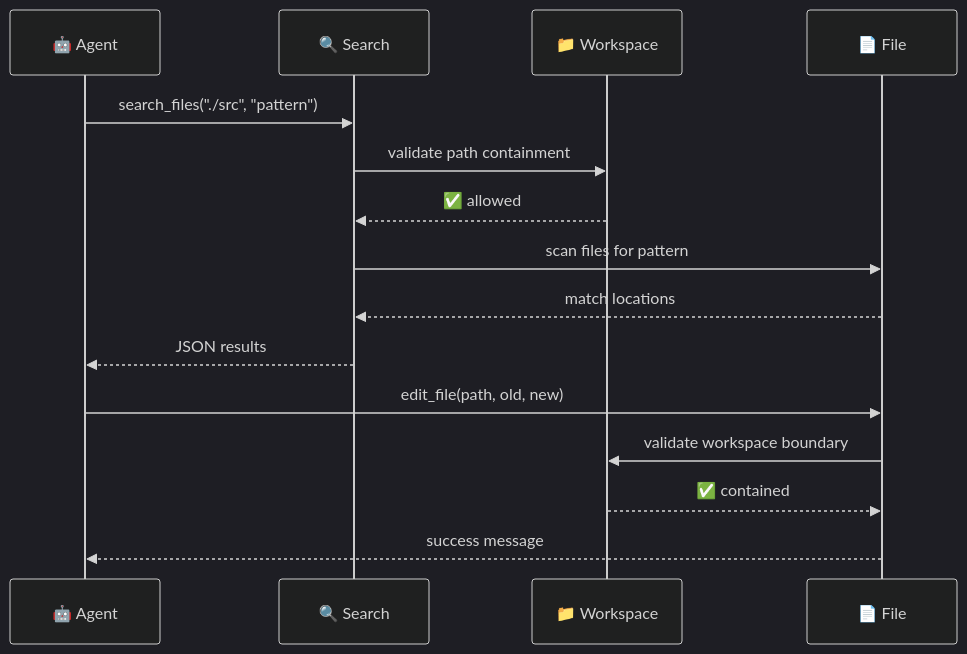
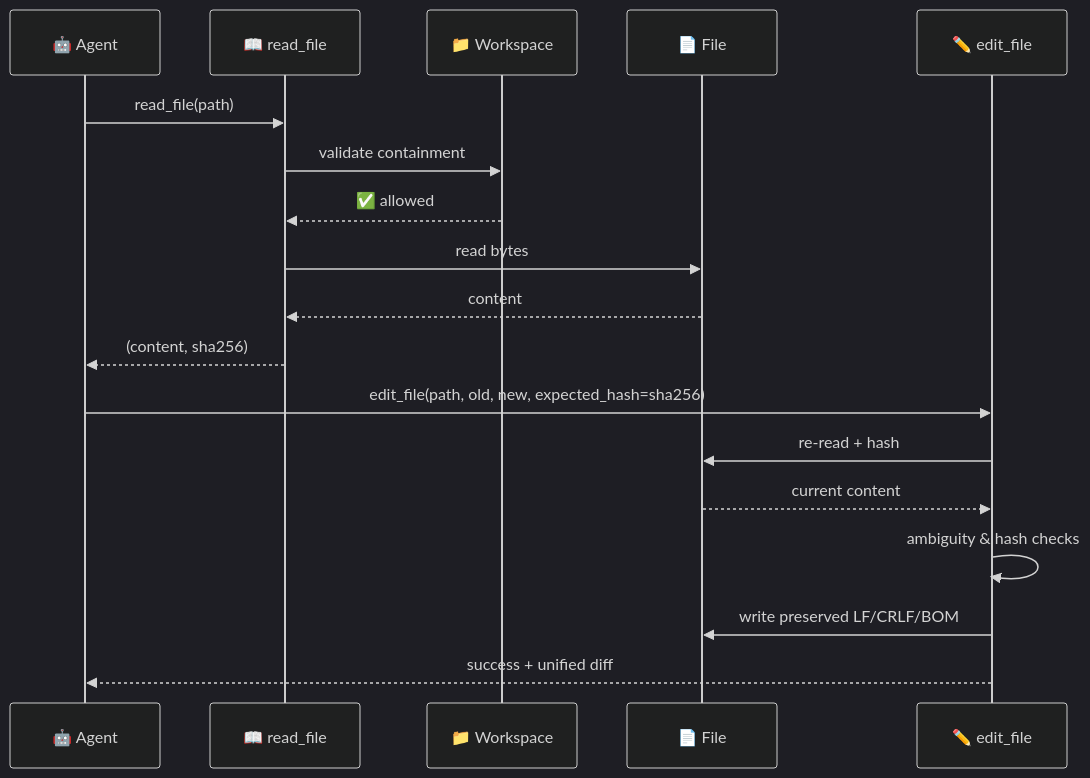
Before and after one commit to MervinPraison/PraisonAIDocs: the second of 2 diagrams in docs/features/file-editing.mdx, drawn with Mermaid (dark theme). The commit also changed other lines of this file, not shown here.

First line of the commit message:
docs: update file-editing for precise conflict-safe edit_file (Fixes #666)

````diff
--- a/docs/features/file-editing.mdx
+++ b/docs/features/file-editing.mdx
@@ -60,18 +93,21 @@
 ```mermaid
 sequenceDiagram
     participant A as 🤖 Agent
-    participant S as 🔍 Search
+    participant R as 📖 read_file
     participant W as 📁 Workspace
     participant F as 📄 File
-    
-    A->>S: search_files("./src", "pattern")
-    S->>W: validate path containment
-    W-->>S: ✅ allowed
-    S->>F: scan files for pattern
-    F-->>S: match locations
-    S-->>A: JSON results
-    A->>F: edit_file(path, old, new)
-    F->>W: validate workspace boundary  
-    W-->>F: ✅ contained
-    F-->>A: success message
+    participant E as ✏️ edit_file
+
+    A->>R: read_file(path)
+    R->>W: validate containment
+    W-->>R: ✅ allowed
+    R->>F: read bytes
+    F-->>R: content
+    R-->>A: (content, sha256)
+    A->>E: edit_file(path, old, new, expected_hash=sha256)
+    E->>F: re-read + hash
+    F-->>E: current content
+    E->>E: ambiguity & hash checks
+    E->>F: write preserved LF/CRLF/BOM
+    E-->>A: success + unified diff
 ```
````
